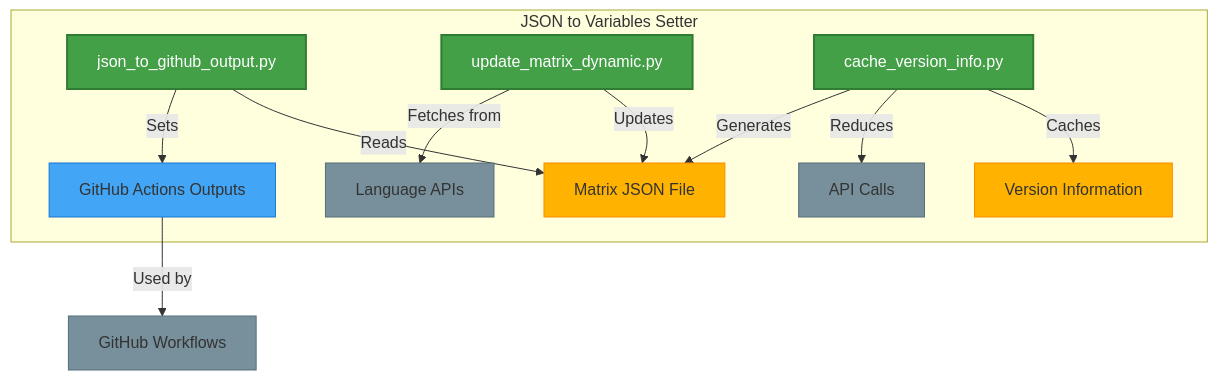
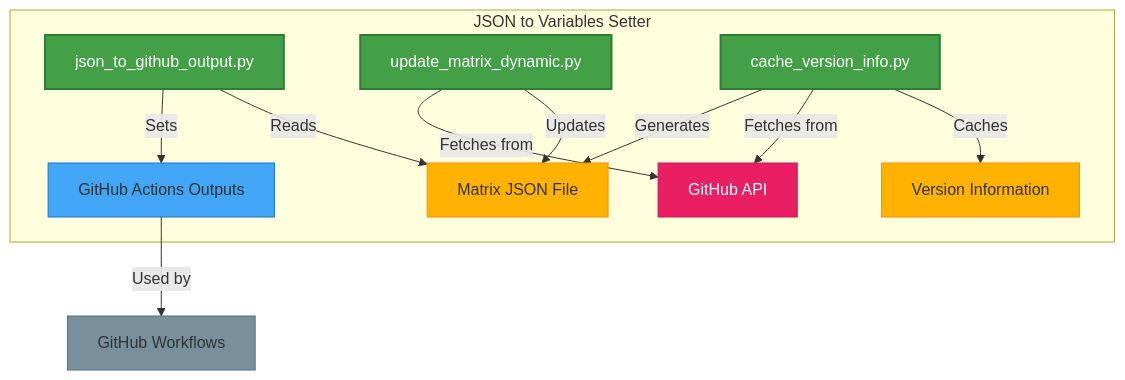
The first of 2 diagrams in docs/features/index.md (7rikazhexde/json2vars-setter), drawn with Mermaid before and after one commit. The commit also changed 5 other files, not shown here.

````diff
--- a/docs/features/index.md
+++ b/docs/features/index.md
@@ -7,26 +7,28 @@
 ```mermaid
 graph TD
     subgraph "JSON to Variables Setter"
         A[json_to_github_output.py] -->|Reads| B[Matrix JSON File]
         A -->|Sets| C[GitHub Actions Outputs]
 
         D[update_matrix_dynamic.py] -->|Updates| B
-        D -->|Fetches from| E[Language APIs]
+        D -->|Fetches from| E[GitHub API]
 
         F[cache_version_info.py] -->|Caches| G[Version Information]
-        F -->|Reduces| H[API Calls]
+        F -->|Fetches from| E
         F -->|Generates| B
     end
 
     C -->|Used by| I[GitHub Workflows]
 
     classDef core fill:#43a047,stroke:#2e7d32,stroke-width:2px,color:#fff
     classDef file fill:#ffb300,stroke:#fb8c00,stroke-width:1px
     classDef output fill:#42a5f5,stroke:#1976d2,stroke-width:1px
     classDef external fill:#78909c,stroke:#546e7a,stroke-width:1px
+    classDef api fill:#e91e63,stroke:#c2185b,stroke-width:1px,color:#fff
 
     class A,D,F core
     class B,G file
     class C output
-    class E,H,I external
+    class I external
+    class E api
 ```
````
